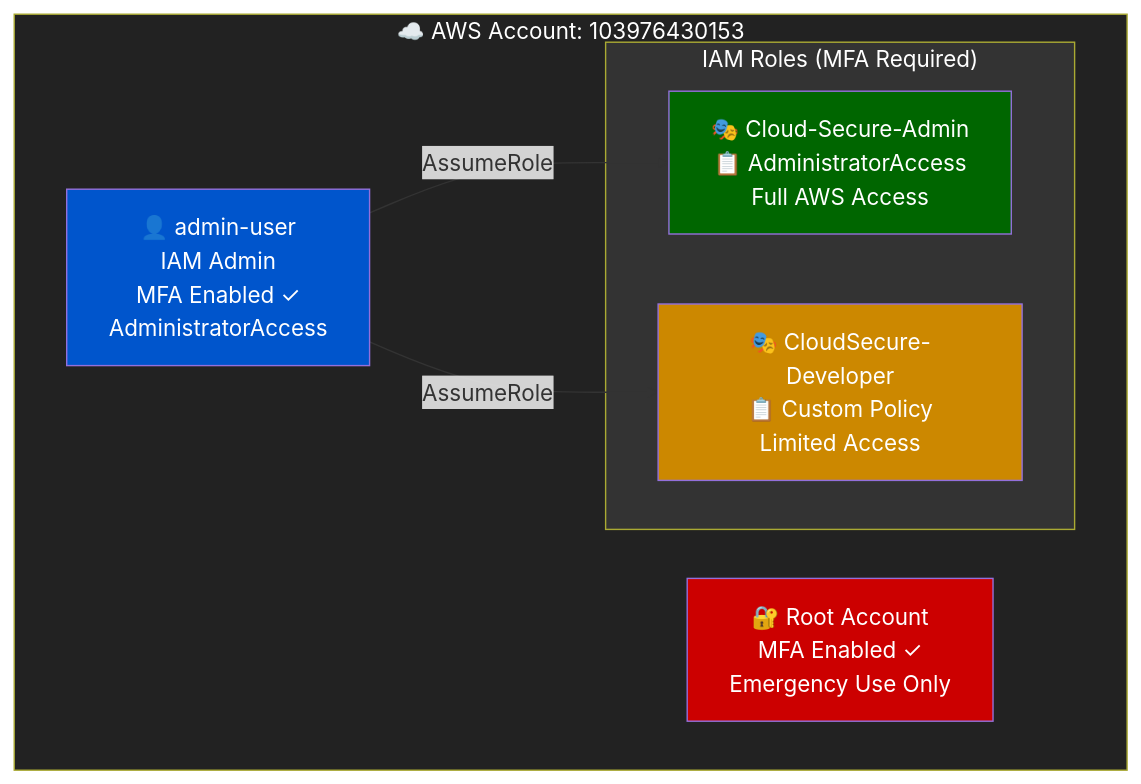
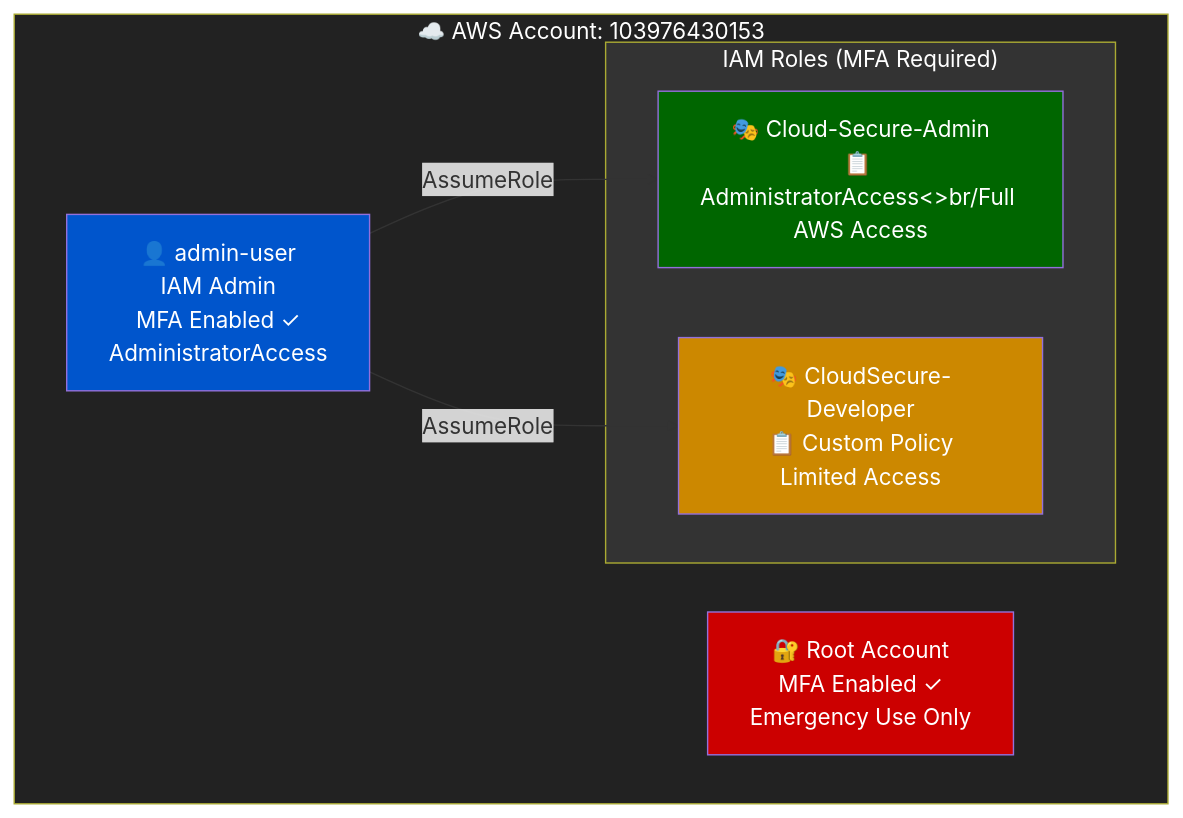
Before and after one commit to Abhikarthik3104/CloudSecure-IAM-Project: the first of 4 diagrams in Readme.md, drawn with Mermaid.

````diff
--- a/Readme.md
+++ b/Readme.md
@@ -33,22 +33,22 @@
 ```mermaid
 graph TB
     subgraph AWS["☁️ AWS Account: 103976430153"]
         Root["🔐 Root Account\nMFA Enabled ✓\nEmergency Use Only"]
         Admin["👤 admin-user<br/>IAM Admin<br/>MFA Enabled ✓<br/>AdministratorAccess"]
 
         subgraph Roles["IAM Roles (MFA Required)"]
-            AdminRole["🎭 Cloud-Secure-Admin\n📋 AdministratorAccess\nFull AWS Access"]
-            DevRole["🎭 CloudSecure-Developer\n📋 Custom Policy\nLimited Access"]
+            AdminRole["🎭 Cloud-Secure-Admin<br/>📋 AdministratorAccess<>br/Full AWS Access"]
+            DevRole["🎭 CloudSecure-Developer<br/>📋 Custom Policy<br/>Limited Access"]
         end
 
         Admin -->|"AssumeRole"| AdminRole
         Admin -->|"AssumeRole"| DevRole
     end
 
     style Root fill:#cc0000,color:#ffffff
     style Admin fill:#0055cc,color:#ffffff
     style AdminRole fill:#006600,color:#ffffff
     style DevRole fill:#cc8800,color:#ffffff
     style Roles fill:#333333,color:#ffffff
     style AWS fill:#222222,color:#ffffff
 ```
````
